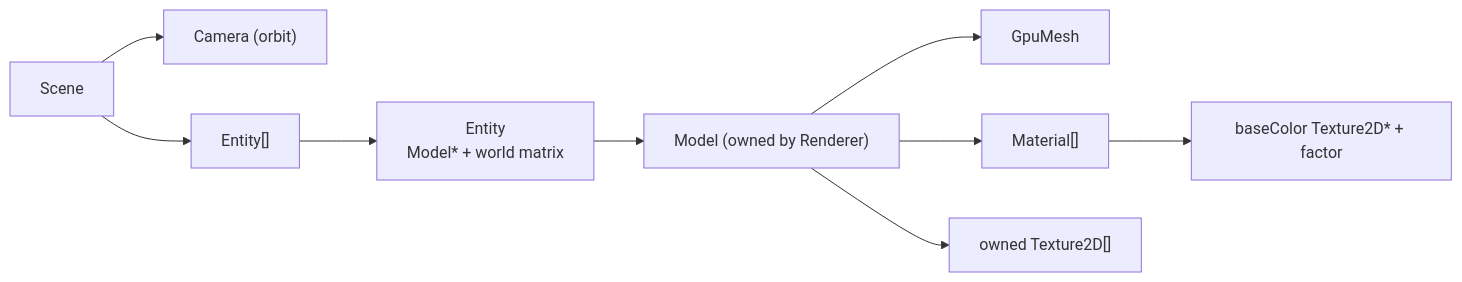
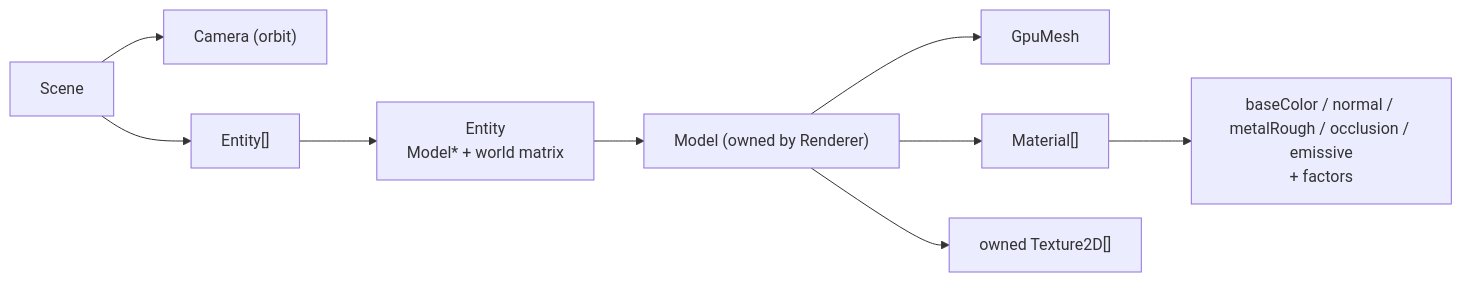
The third of 6 diagrams in docs/ARCHITECTURE.md (RomanovV/SummerEngine), drawn with Mermaid before and after one commit. The commit also changed other lines of this file and 48 other files, not shown here.

````diff
--- a/docs/ARCHITECTURE.md
+++ b/docs/ARCHITECTURE.md
@@ -239,11 +263,11 @@
 ```mermaid
 graph LR
     Scene["Scene"] --> Camera["Camera (orbit)"]
     Scene --> Entities["Entity[]"]
     Entities --> Entity["Entity<br/>Model* + world matrix"]
     Entity --> Model["Model (owned by Renderer)"]
     Model --> GpuMesh["GpuMesh"]
     Model --> Mats["Material[]"]
     Model --> Texs["owned Texture2D[]"]
-    Mats --> BaseColor["baseColor Texture2D* + factor"]
+    Mats --> Slots["baseColor / normal / metalRough / occlusion / emissive<br/>+ factors"]
 ```
````
